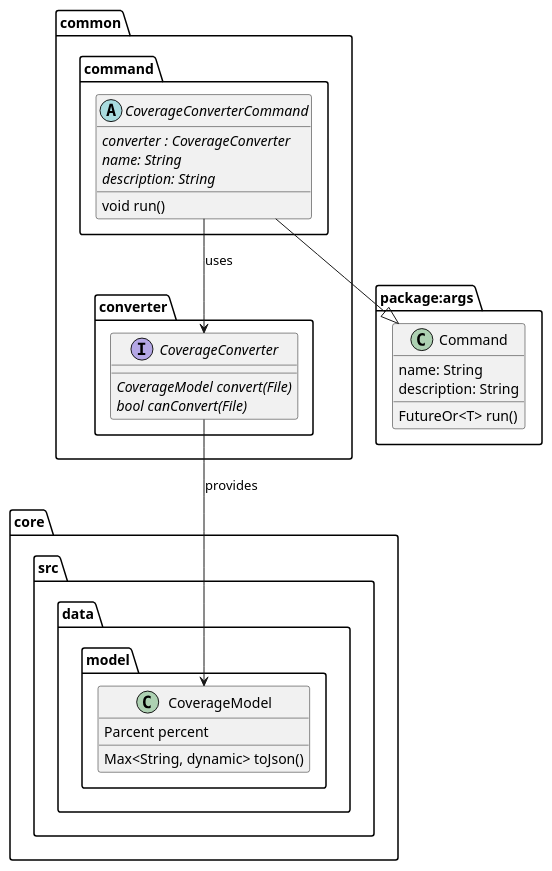
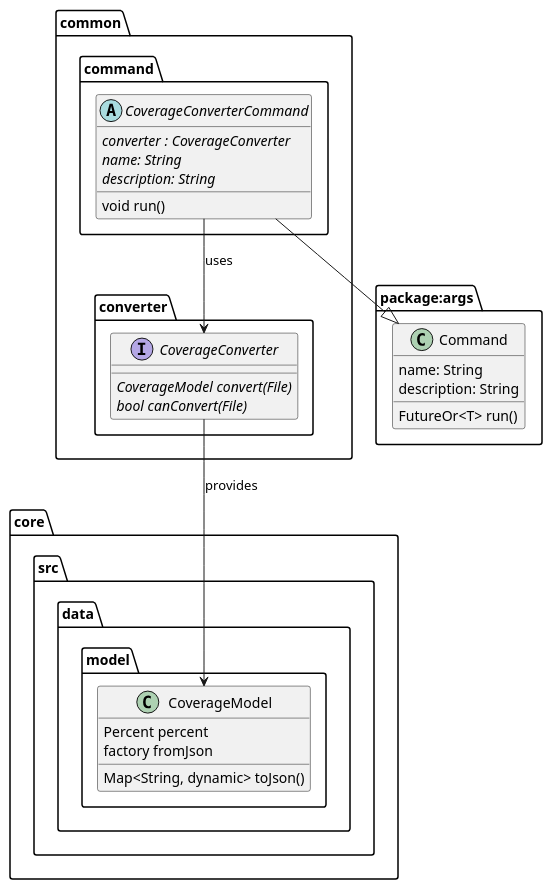
Before and after one commit to Flank/flank-dashboard: the diagram in metrics/coverage_converter/docs/diagrams/coverage_interfaces_diagram.puml, drawn with PlantUML. The commit also changed 1 other file, not shown here.

Commit message:
Improve coverage converter diagrams

```diff
--- a/metrics/coverage_converter/docs/diagrams/coverage_interfaces_diagram.puml
+++ b/metrics/coverage_converter/docs/diagrams/coverage_interfaces_diagram.puml
@@ -1,42 +1,43 @@
 @startuml coverage_interfaces_diagram.puml
 
 package package:args {
     class Command {
         name: String
         description: String
         FutureOr<T> run()
     }
 }
 
 
 package core.src.data.model {
     class CoverageModel {
-        Parcent percent
-        Max<String, dynamic> toJson()
+        Percent percent
+        Map<String, dynamic> toJson()
+        factory fromJson
     }
 }
 
 
 package common {
     package command {
         abstract CoverageConverterCommand {
             {abstract} converter : CoverageConverter
             {abstract} name: String
             {abstract} description: String
             void run()
         }
     }
 
     package converter {
         interface CoverageConverter {
             {abstract} CoverageModel convert(File)
             {abstract} bool canConvert(File)
         }
     }
 }
 
 CoverageConverterCommand --|> Command
 CoverageConverter --> CoverageModel : provides
 CoverageConverterCommand --> CoverageConverter : uses
 
 @enduml
```
